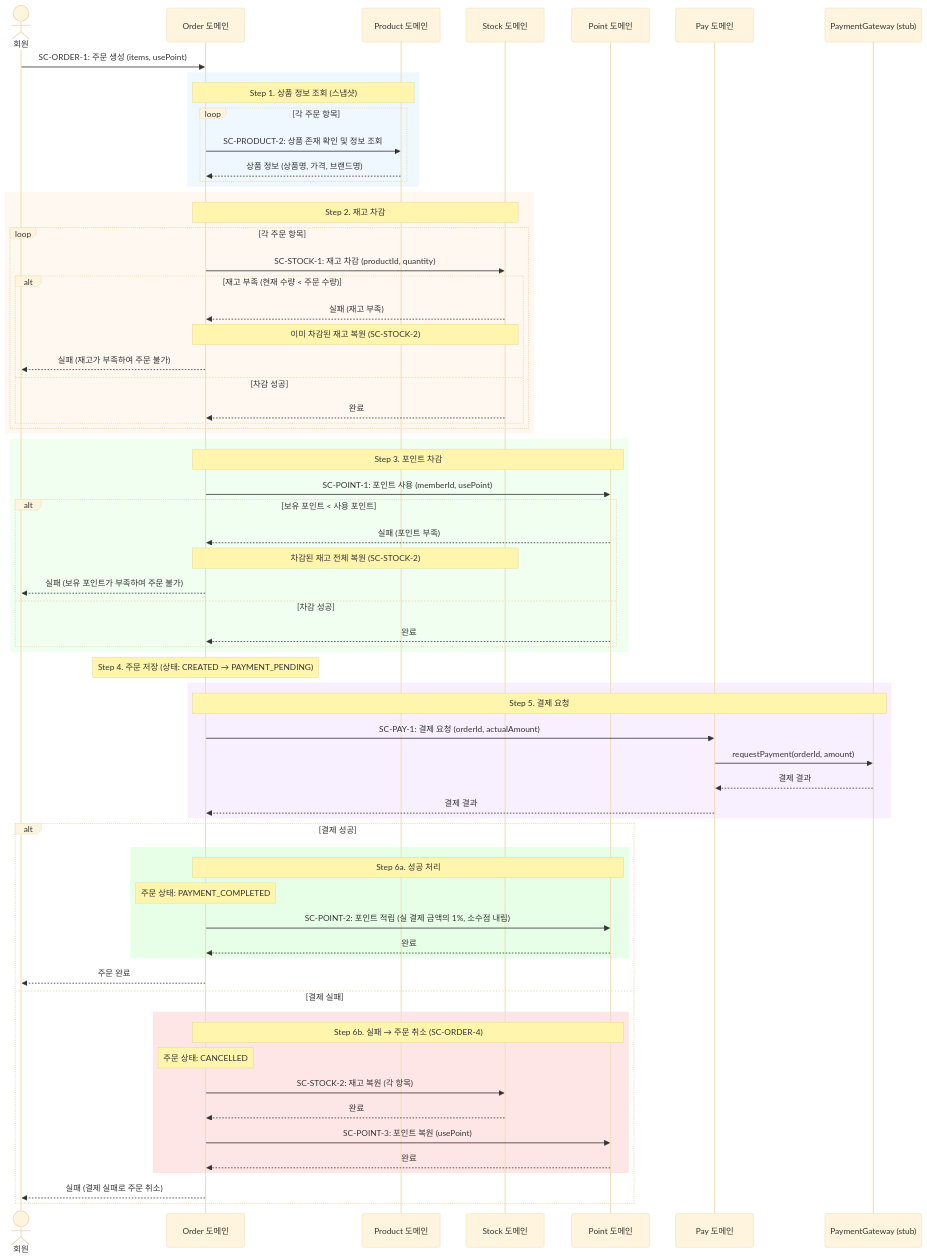
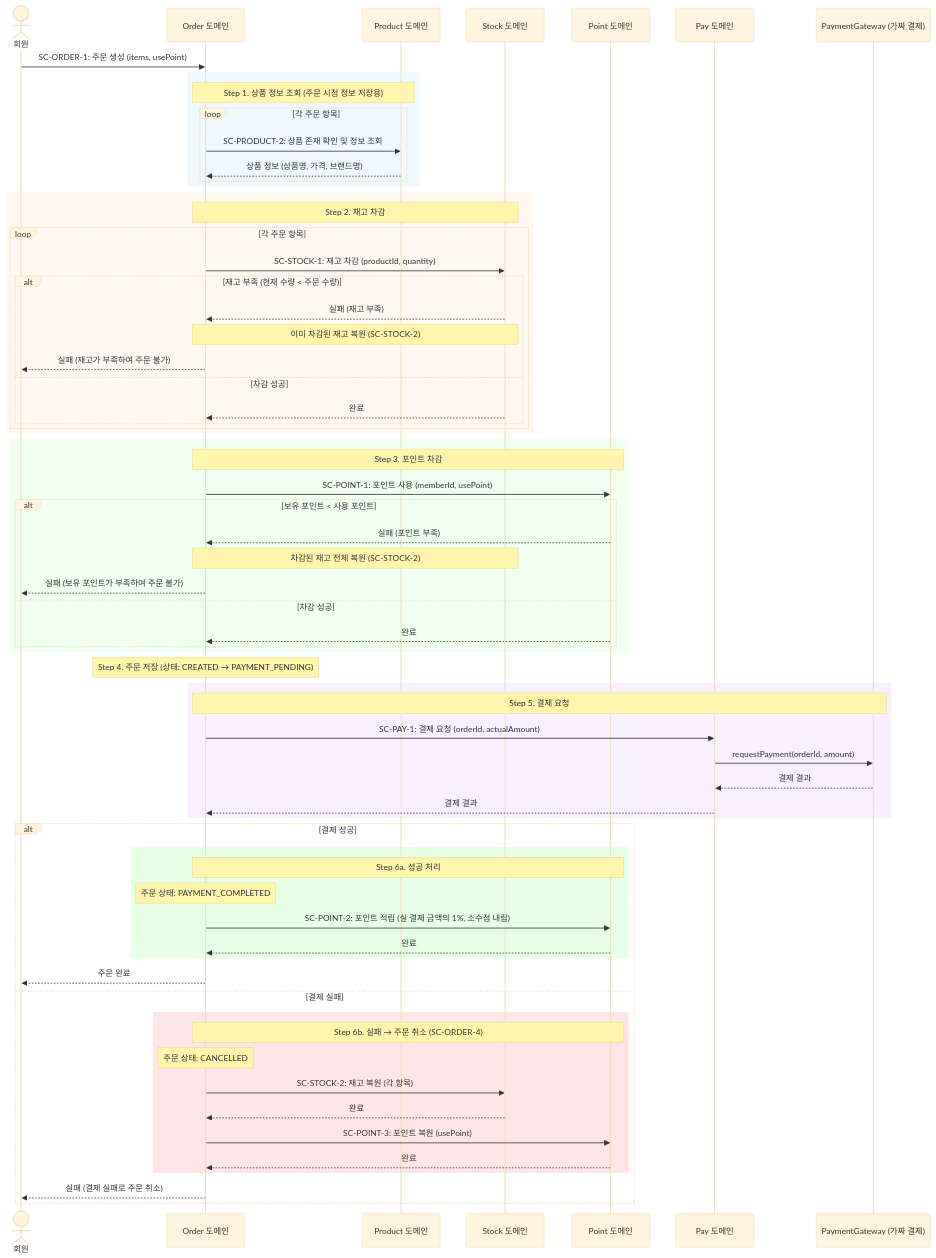
Before and after one commit to loopers-labs/loop-pack-be-l2-vol4-kotlin: the sixth of 38 diagrams in docs/02-sequence-diagrams.md, drawn with Mermaid (base theme). The commit also changed other lines of this file and 2 other files, not shown here.

````diff
--- a/docs/02-sequence-diagrams.md
+++ b/docs/02-sequence-diagrams.md
@@ -164,76 +166,76 @@
 ```mermaid
 sequenceDiagram
     actor Member as 회원
     participant Order as Order 도메인
     participant Product as Product 도메인
     participant Stock as Stock 도메인
     participant Point as Point 도메인
     participant Pay as Pay 도메인
-    participant Gateway as PaymentGateway (stub)
+    participant Gateway as PaymentGateway (가짜 결제)
 
     Member->>Order: SC-ORDER-1: 주문 생성 (items, usePoint)
 
     rect rgb(240, 248, 255)
-        Note over Order,Product: Step 1. 상품 정보 조회 (스냅샷)
+        Note over Order,Product: Step 1. 상품 정보 조회 (주문 시점 정보 저장용)
         loop 각 주문 항목
             Order->>Product: SC-PRODUCT-2: 상품 존재 확인 및 정보 조회
             Product-->>Order: 상품 정보 (상품명, 가격, 브랜드명)
         end
     end
 
     rect rgb(255, 248, 240)
         Note over Order,Stock: Step 2. 재고 차감
         loop 각 주문 항목
             Order->>Stock: SC-STOCK-1: 재고 차감 (productId, quantity)
             alt 재고 부족 (현재 수량 < 주문 수량)
                 Stock-->>Order: 실패 (재고 부족)
                 Note over Order,Stock: 이미 차감된 재고 복원 (SC-STOCK-2)
                 Order-->>Member: 실패 (재고가 부족하여 주문 불가)
             else 차감 성공
                 Stock-->>Order: 완료
             end
         end
     end
 
     rect rgb(240, 255, 240)
         Note over Order,Point: Step 3. 포인트 차감
         Order->>Point: SC-POINT-1: 포인트 사용 (memberId, usePoint)
         alt 보유 포인트 < 사용 포인트
             Point-->>Order: 실패 (포인트 부족)
             Note over Order,Stock: 차감된 재고 전체 복원 (SC-STOCK-2)
             Order-->>Member: 실패 (보유 포인트가 부족하여 주문 불가)
         else 차감 성공
             Point-->>Order: 완료
         end
     end
 
     Note over Order: Step 4. 주문 저장 (상태: CREATED → PAYMENT_PENDING)
 
     rect rgb(248, 240, 255)
         Note over Order,Gateway: Step 5. 결제 요청
         Order->>Pay: SC-PAY-1: 결제 요청 (orderId, actualAmount)
         Pay->>Gateway: requestPayment(orderId, amount)
         Gateway-->>Pay: 결제 결과
         Pay-->>Order: 결제 결과
     end
 
     alt 결제 성공
         rect rgb(230, 255, 230)
             Note over Order,Point: Step 6a. 성공 처리
             Note over Order: 주문 상태: PAYMENT_COMPLETED
             Order->>Point: SC-POINT-2: 포인트 적립 (실 결제 금액의 1%, 소수점 내림)
             Point-->>Order: 완료
         end
         Order-->>Member: 주문 완료
     else 결제 실패
         rect rgb(255, 230, 230)
             Note over Order,Point: Step 6b. 실패 → 주문 취소 (SC-ORDER-4)
             Note over Order: 주문 상태: CANCELLED
             Order->>Stock: SC-STOCK-2: 재고 복원 (각 항목)
             Stock-->>Order: 완료
             Order->>Point: SC-POINT-3: 포인트 복원 (usePoint)
             Point-->>Order: 완료
         end
         Order-->>Member: 실패 (결제 실패로 주문 취소)
     end
 ```
````
